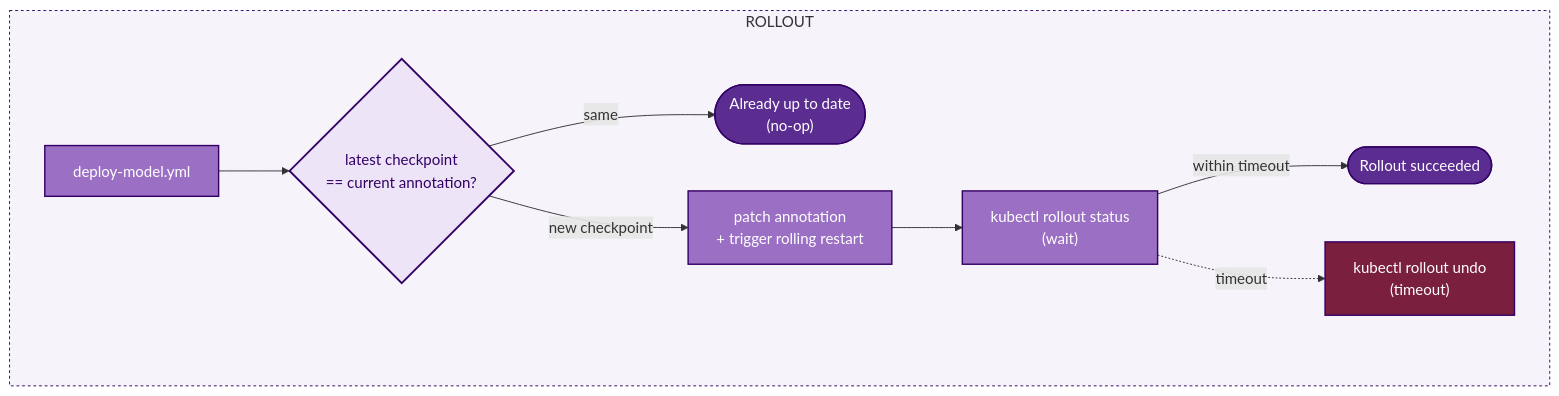
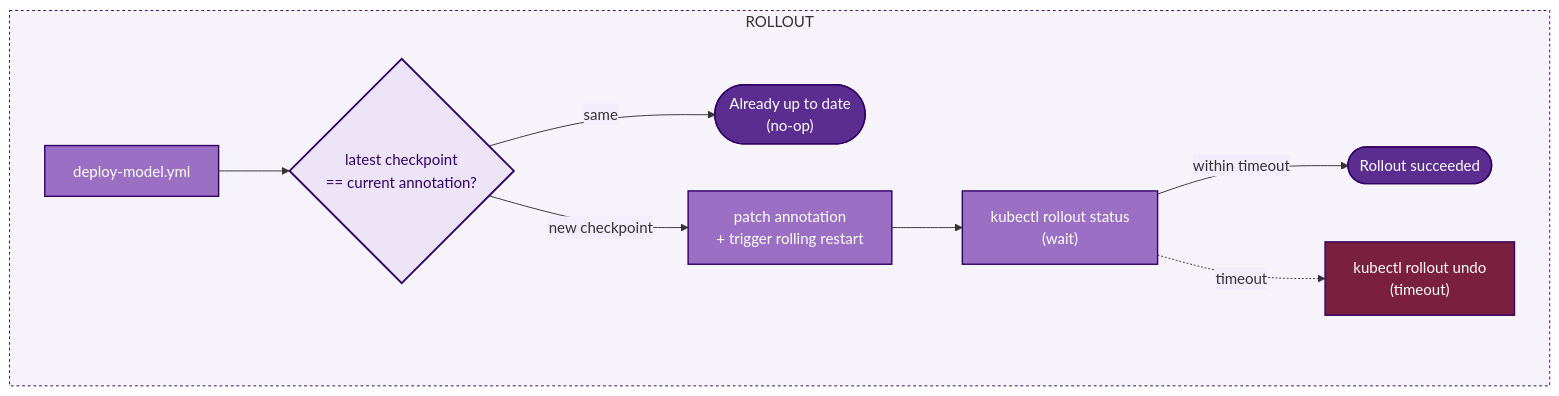
Before and after one commit to karmakaryx/follow-the-orbit-rabbit: the second of 3 diagrams in README.md, drawn with Mermaid. The commit also changed other lines of this file and 1 other file, not shown here.

Commit message:
docs: update mermaid charts

````diff
--- a/README.md
+++ b/README.md
@@ -131,31 +132,32 @@
 ```mermaid
+%%{init: {'themeVariables': { 'edgeLabelBackground': '#f3ecfa' }}}%%
 flowchart LR
     classDef process fill:#9b6fc4,stroke:#330066,stroke-width:1.5px,color:#ffffff;
     classDef decision fill:#ede4f7,stroke:#330066,stroke-width:2px,color:#330066;
     classDef terminal fill:#5c2d91,stroke:#330066,stroke-width:1.5px,color:#ffffff;
     classDef alert fill:#7a1f3d,stroke:#330066,stroke-width:1.5px,color:#ffffff;
 
     subgraph bottom["ROLLOUT"]
         direction LR
         WORKFLOW["deploy-model.yml"]
         COMPARE{"latest checkpoint<br/>== current annotation?"}
         SKIP(["Already up to date<br/>(no-op)"])
         PATCH["patch annotation<br/>+ trigger rolling restart"]
         WAIT["kubectl rollout status<br/>(wait)"]
         SUCCESS(["Rollout succeeded"])
         ROLLBACK["kubectl rollout undo<br/>(timeout)"]
 
         WORKFLOW --> COMPARE
         COMPARE -->|same| SKIP
         COMPARE -->|new checkpoint| PATCH
         PATCH --> WAIT
         WAIT -->|within timeout| SUCCESS
         WAIT -.->|timeout| ROLLBACK
     end
 
     class WORKFLOW,PATCH,WAIT process
     class COMPARE decision
     class SUCCESS,SKIP terminal
     class ROLLBACK alert
     style bottom fill:#f7f3fb,stroke:#330066,stroke-width:1px,stroke-dasharray: 3 3
 ```
````
